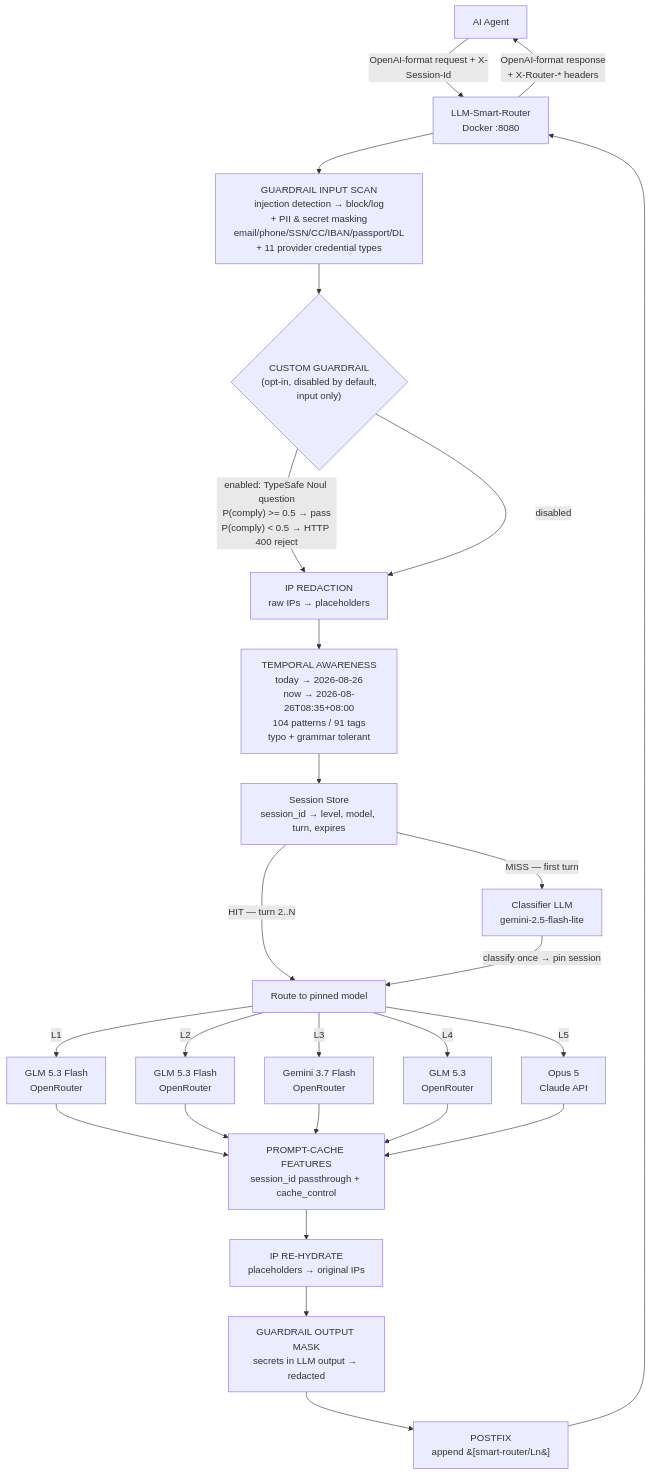
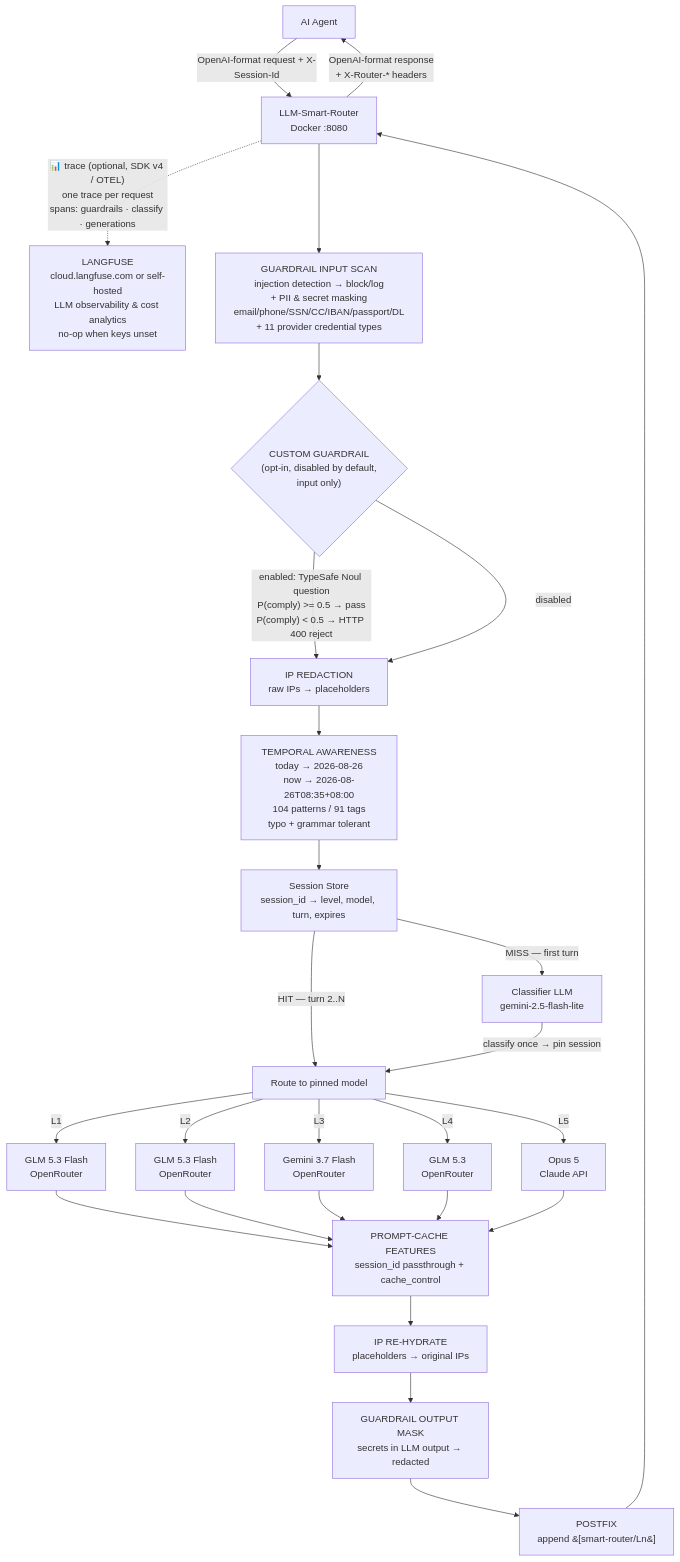
The first of 4 diagrams in llm-smart-router-spec.md (Green-Needle-Tech/llm-smart-router), drawn with Mermaid before and after one commit. The commit also changed other lines of this file and 1 other file, not shown here.

First line of the commit message:
Docs: add Langfuse service to mermaid architecture diagrams

````diff
--- a/llm-smart-router-spec.md
+++ b/llm-smart-router-spec.md
@@ -40,32 +40,33 @@
 ```mermaid
 flowchart TD
     A[AI Agent] -->|"OpenAI-format request + X-Session-Id"| B["LLM-Smart-Router<br/>Docker :8080"]
     B -->|"OpenAI-format response<br/>+ X-Router-* headers"| A
+    B -.->|"📊 trace (optional, SDK v4 / OTEL)<br/>one trace per request<br/>spans: guardrails · classify · generations"| LF["LANGFUSE<br/>cloud.langfuse.com or self-hosted<br/>LLM observability & cost analytics<br/>no-op when keys unset"]
     B --> G["GUARDRAIL INPUT SCAN<br/>injection detection → block/log<br/>+ PII & secret masking<br/>email/phone/SSN/CC/IBAN/passport/DL<br/>+ 11 provider credential types"]
     G --> CG{"CUSTOM GUARDRAIL<br/>(opt-in, disabled by default,<br/>input only)"}
     CG -->|"enabled: TypeSafe Noul question<br/>P(comply) >= 0.5 → pass<br/>P(comply) < 0.5 → HTTP 400 reject"| P["IP REDACTION<br/>raw IPs → placeholders"]
     CG -->|disabled| P
     P --> P2T["TEMPORAL AWARENESS\ntoday → 2026-08-26\nnow → 2026-08-26T08:35+08:00\n104 patterns / 91 tags\ntypo + grammar tolerant"]
     P2T --> S["Session Store<br/>session_id → level, model, turn, expires"]
 
     S -->|"MISS — first turn"| C["Classifier LLM<br/>gemini-2.5-flash-lite"]
     S -->|"HIT — turn 2..N"| R["Route to pinned model"]
 
     C -->|"classify once → pin session"| R
 
     R -->|"L1"| M1["GLM 5.3 Flash<br/>OpenRouter"]
     R -->|"L2"| M2["GLM 5.3 Flash<br/>OpenRouter"]
     R -->|"L3"| M3["Gemini 3.7 Flash<br/>OpenRouter"]
     R -->|"L4"| M4["GLM 5.3<br/>OpenRouter"]
     R -->|"L5"| M5["Opus 5<br/>Claude API"]
 
     M1 --> PC["PROMPT-CACHE FEATURES<br/>session_id passthrough + cache_control"]
     M2 --> PC
     M3 --> PC
     M4 --> PC
     M5 --> PC
     PC --> RH["IP RE-HYDRATE<br/>placeholders → original IPs"]
     RH --> OM["GUARDRAIL OUTPUT MASK<br/>secrets in LLM output → redacted"]
     OM --> PF["POSTFIX<br/>append &#91;smart-router/Ln&#93;"]
     PF --> B
 ```
````
